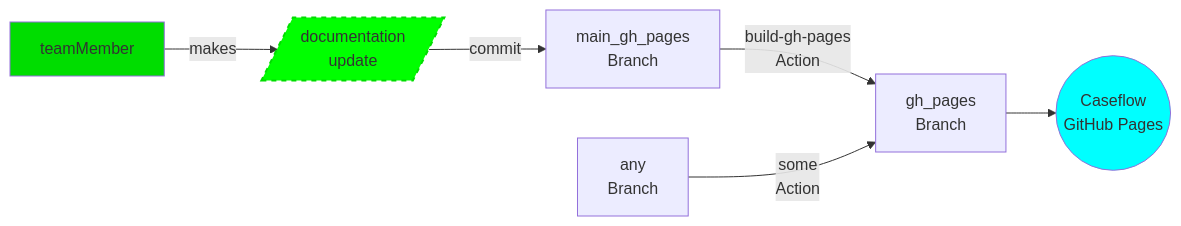
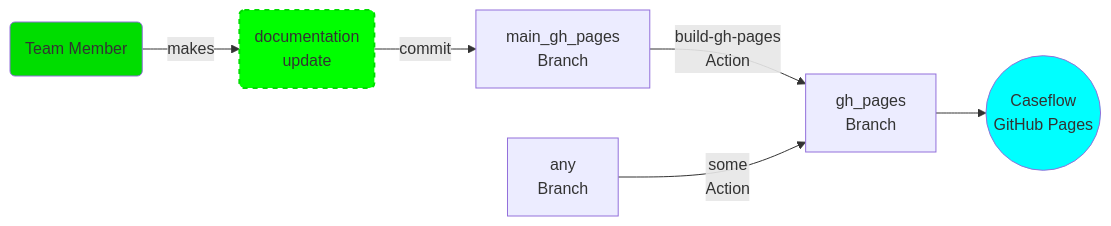
Before and after one commit to department-of-veterans-affairs/caseflow: the first of 2 diagrams in README.md, drawn with Mermaid. The commit also changed other lines of this file and 3 other files, not shown here.

Commit message:
fix diagrams

````diff
--- a/README.md
+++ b/README.md
@@ -27,15 +27,15 @@
 ```mermaid!
 graph LR
 main_gh_pages["main_gh_pages<br/>Branch"]
 any_branch["any<br/>Branch"]
 main_gh_pages -->|"build-gh-pages<br/>Action"| gh_pages["gh_pages<br/>Branch"]
 any_branch -->|"some<br/>Action"| gh_pages["gh_pages<br/>Branch"]
 gh_pages --> website(("Caseflow<br/>GitHub Pages"))
 
-teamMember -->|makes| doc_update
-doc_update[/"documentation <br/>update"/] -->|commit| main_gh_pages
+teamMember("Team Member") -->|makes| doc_update
+doc_update("documentation <br/>update") -->|commit| main_gh_pages
 
 style teamMember fill:#0d0
 style doc_update fill:#0f0,stroke:#0d0,stroke-width:2px,stroke-dasharray: 5 5
 style website fill:#0ff
 ```
````
